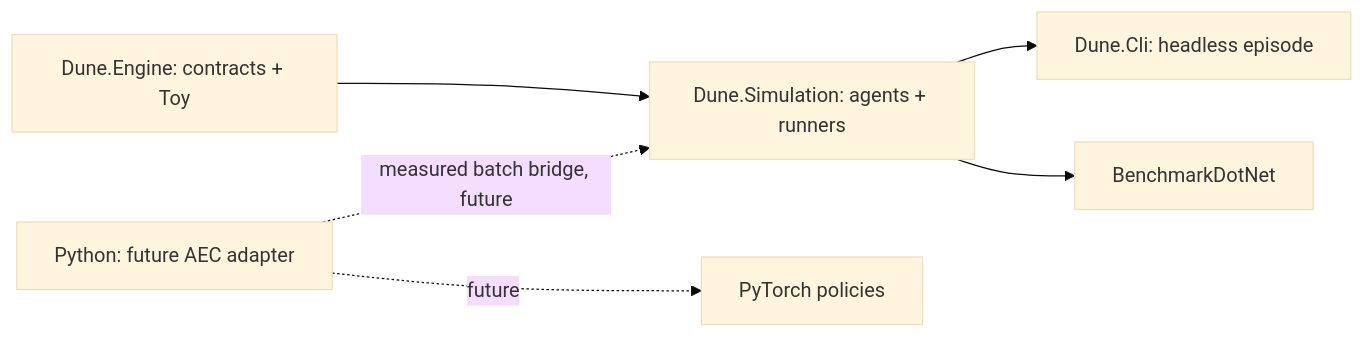
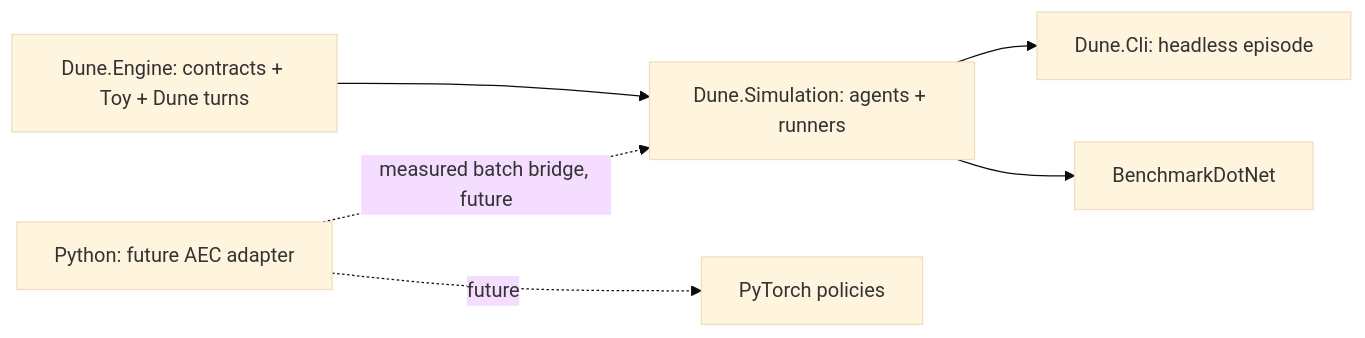
One commit to zskovacs/dune-ai changed the diagram in docs/architecture.md. Above: the diagram before and after it, drawn with Mermaid (base theme). The commit also changed other lines of this file and 12 other files, not shown here.

````diff
--- a/docs/architecture.md
+++ b/docs/architecture.md
@@ -21,8 +24,8 @@
 ```mermaid
 flowchart LR
-    E[Dune.Engine: contracts + Toy] --> S[Dune.Simulation: agents + runners]
+    E[Dune.Engine: contracts + Toy + Dune turns] --> S[Dune.Simulation: agents + runners]
     S --> C[Dune.Cli: headless episode]
     S --> B[BenchmarkDotNet]
     P[Python: future AEC adapter] -. measured batch bridge, future .-> S
     P -. future .-> T[PyTorch policies]
 ```
````
